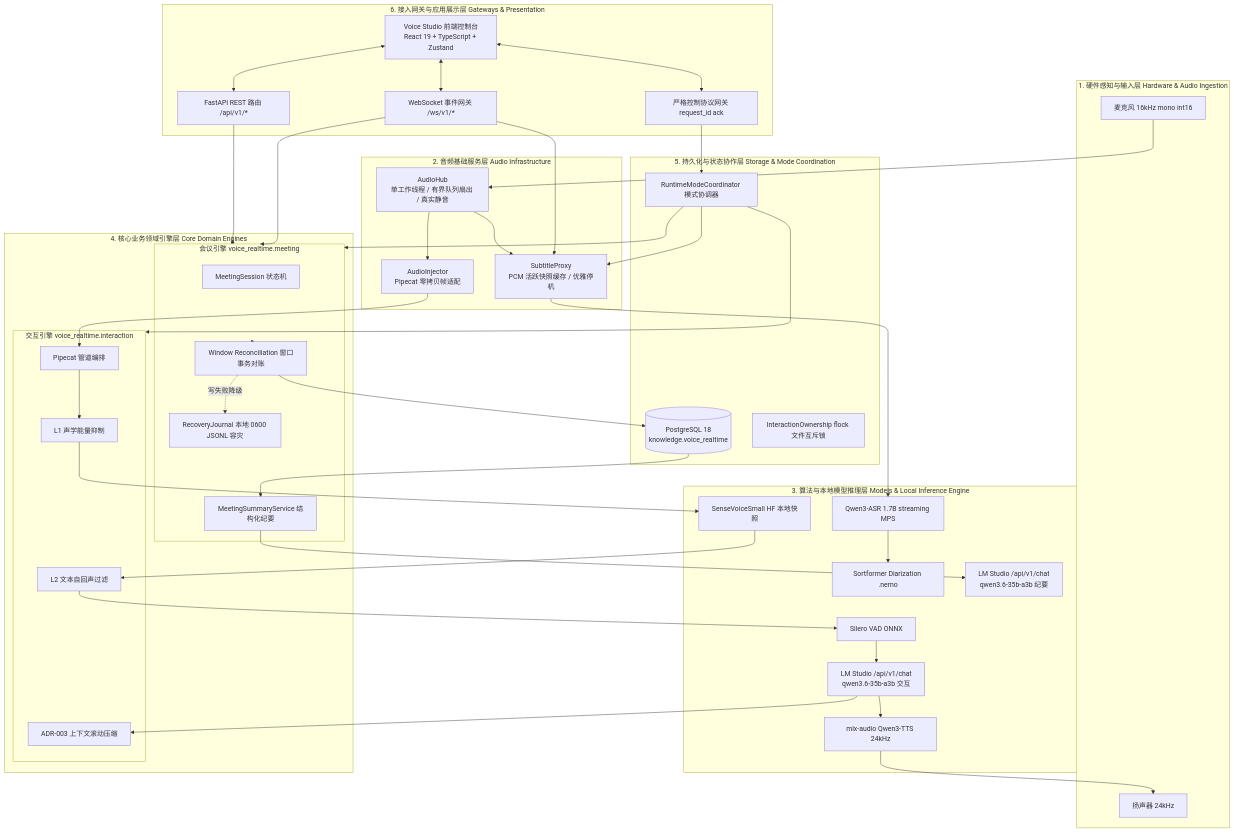
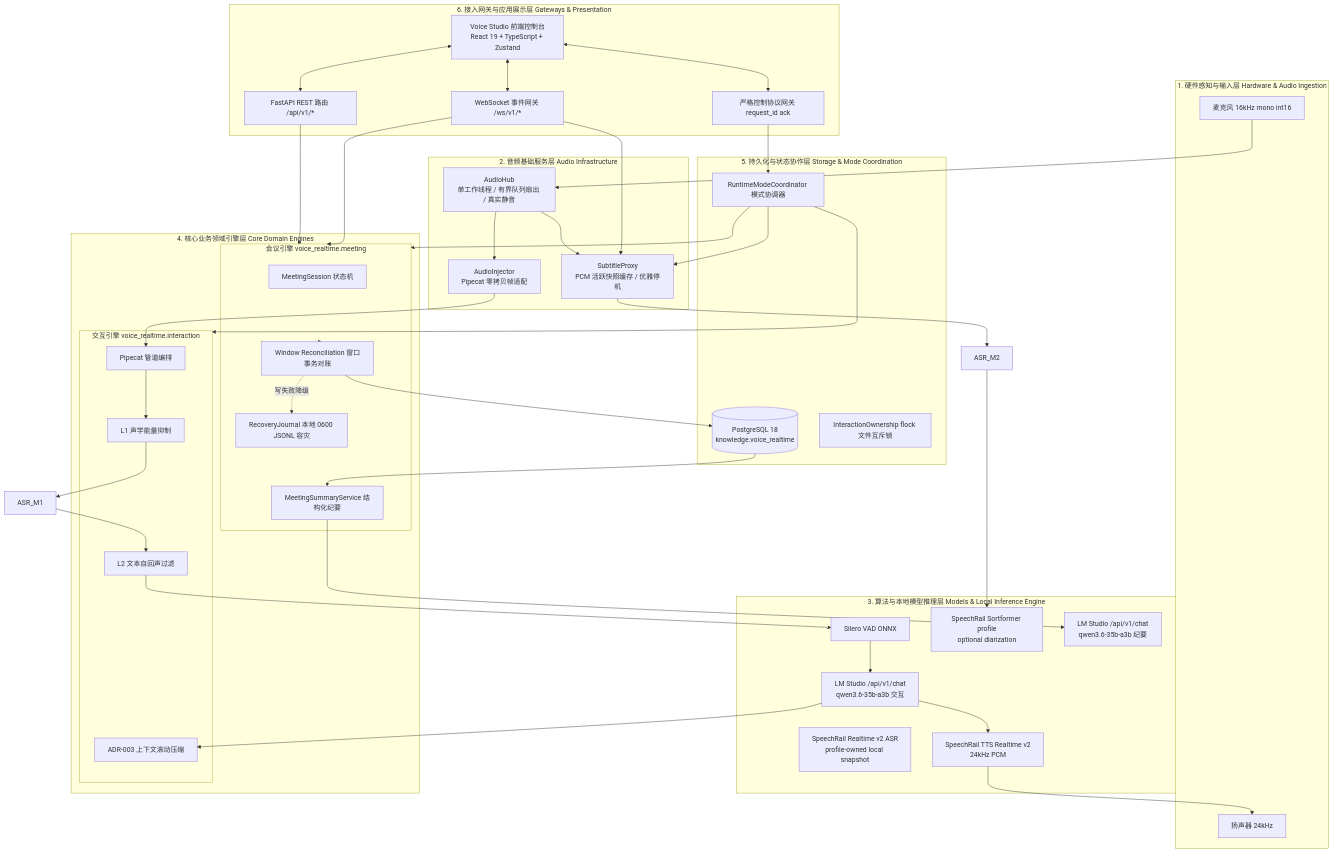
Before and after one commit to hrygo/voice-realtime: the first of 13 diagrams in docs/architecture/系统总体架构与详细设计方案.md, drawn with Mermaid. The commit also changed other lines of this file and 38 other files, not shown here.

```diff
--- a/docs/architecture/系统总体架构与详细设计方案.md
+++ b/docs/architecture/系统总体架构与详细设计方案.md
@@ -122,12 +122,11 @@
 
     subgraph L3[3. 算法与本地模型推理层 Models & Local Inference Engine]
         VAD_M[Silero VAD ONNX]
-        ASR_M1[SenseVoiceSmall HF 本地快照]
-        ASR_M2[Qwen3-ASR 1.7B streaming MPS]
-        DIAR_M[Sortformer Diarization .nemo]
+        ASR_M[SpeechRail Realtime v2 ASR<br/>profile-owned local snapshot]
+        DIAR_M[SpeechRail Sortformer profile<br/>optional diarization]
         LLM_M1[LM Studio /api/v1/chat<br/>qwen3.6-35b-a3b 交互]
         LLM_M2[LM Studio /api/v1/chat<br/>qwen3.6-35b-a3b 纪要]
-        TTS_M[mlx-audio Qwen3-TTS 24kHz]
+        TTS_M[SpeechRail TTS Realtime v2<br/>24kHz PCM]
     end
 
     subgraph L4[4. 核心业务领域引擎层 Core Domain Engines]
```
